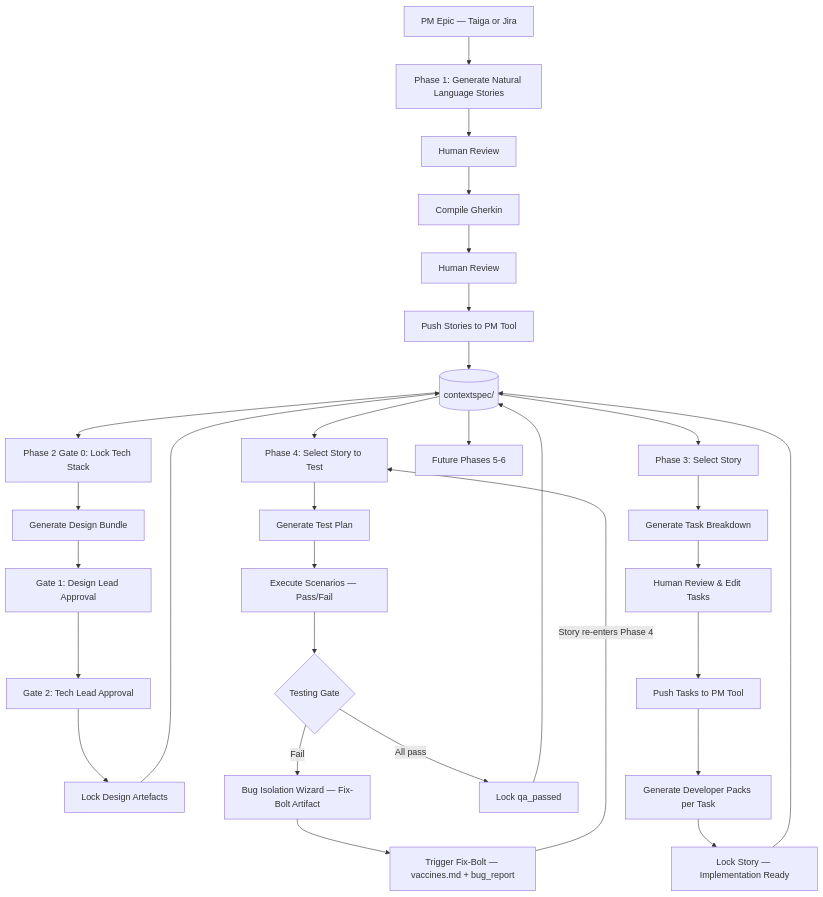
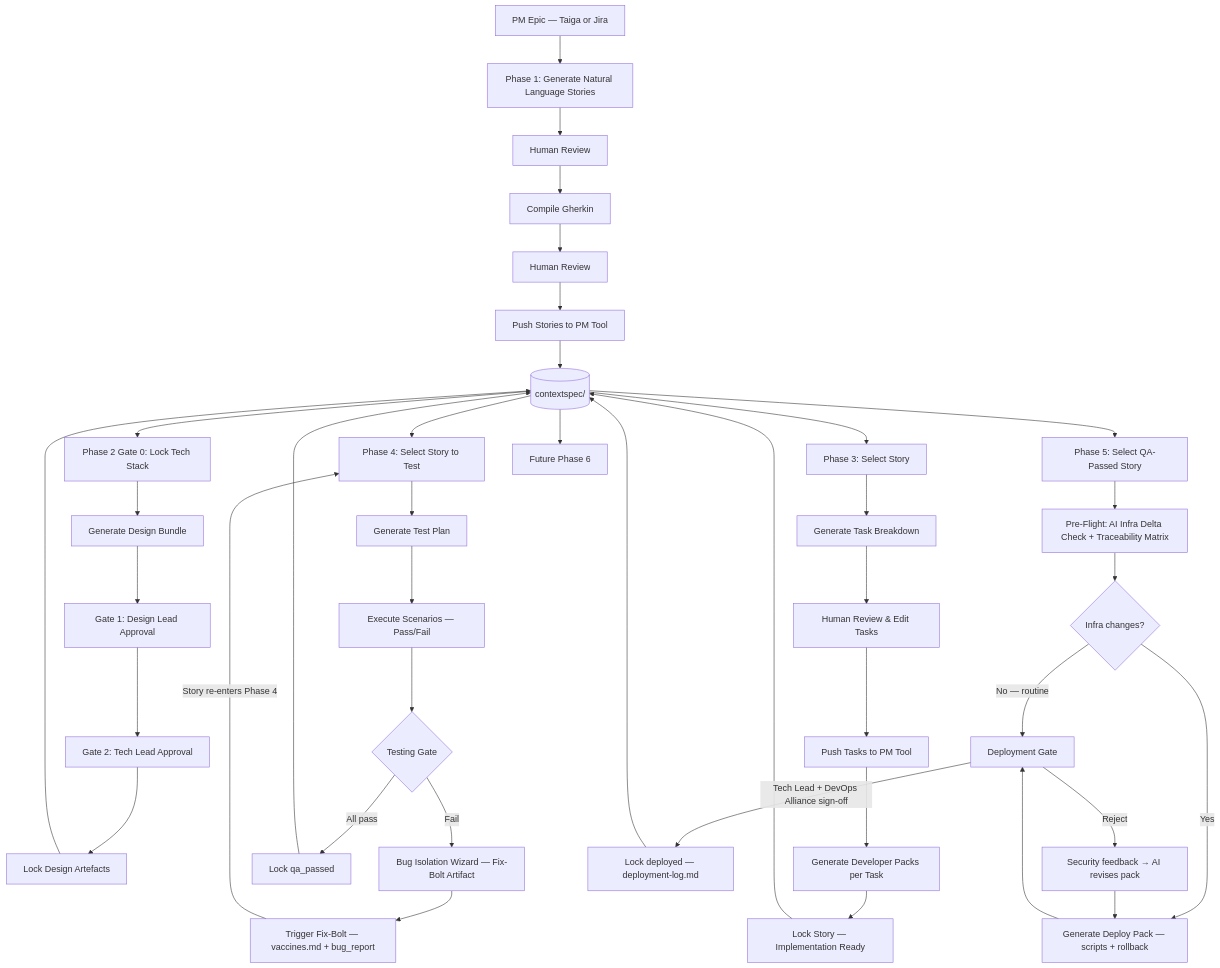
One commit to thomastabs/apex changed the diagram in README.md. Above: the diagram before and after it, drawn with Mermaid. The commit also changed other lines of this file, not shown here.

Commit message:
docs: document Phase 5 deployment workflow and analytics in README

````diff
--- a/README.md
+++ b/README.md
@@ -30,36 +30,47 @@
 ```mermaid
 flowchart TD
     A[PM Epic — Taiga or Jira] --> B[Phase 1: Generate Natural Language Stories]
     B --> C[Human Review]
     C --> D[Compile Gherkin]
     D --> E[Human Review]
     E --> F[Push Stories to PM Tool]
     F --> G[(contextspec/<project_id>)]
 
     G --> H[Phase 2 Gate 0: Lock Tech Stack]
     H --> I[Generate Design Bundle]
     I --> J[Gate 1: Design Lead Approval]
     J --> K[Gate 2: Tech Lead Approval]
     K --> L[Lock Design Artefacts]
     L --> G
 
     G --> M[Phase 3: Select Story]
     M --> N[Generate Task Breakdown]
     N --> O[Human Review & Edit Tasks]
     O --> P[Push Tasks to PM Tool]
     P --> Q[Generate Developer Packs per Task]
     Q --> R[Lock Story — Implementation Ready]
     R --> G
 
     G --> S[Phase 4: Select Story to Test]
     S --> T[Generate Test Plan]
     T --> U[Execute Scenarios — Pass/Fail]
     U --> V{Testing Gate}
     V -->|All pass| W[Lock qa_passed]
     V -->|Fail| X[Bug Isolation Wizard — Fix-Bolt Artifact]
     X --> Y[Trigger Fix-Bolt — vaccines.md + bug_report]
     Y -->|Story re-enters Phase 4| S
     W --> G
 
-    G --> Z[Future Phases 5-6]
+    G --> Z[Phase 5: Select QA-Passed Story]
+    Z --> AA[Pre-Flight: AI Infra Delta Check + Traceability Matrix]
+    AA --> AB{Infra changes?}
+    AB -->|No — routine| AD[Deployment Gate]
+    AB -->|Yes| AC[Generate Deploy Pack — scripts + rollback]
+    AC --> AD
+    AD -->|Tech Lead + DevOps Alliance sign-off| AE[Lock deployed — deployment-log.md]
+    AD -->|Reject| AF[Security feedback → AI revises pack]
+    AF --> AC
+    AE --> G
+
+    G --> AG[Future Phase 6]
 ```
````
